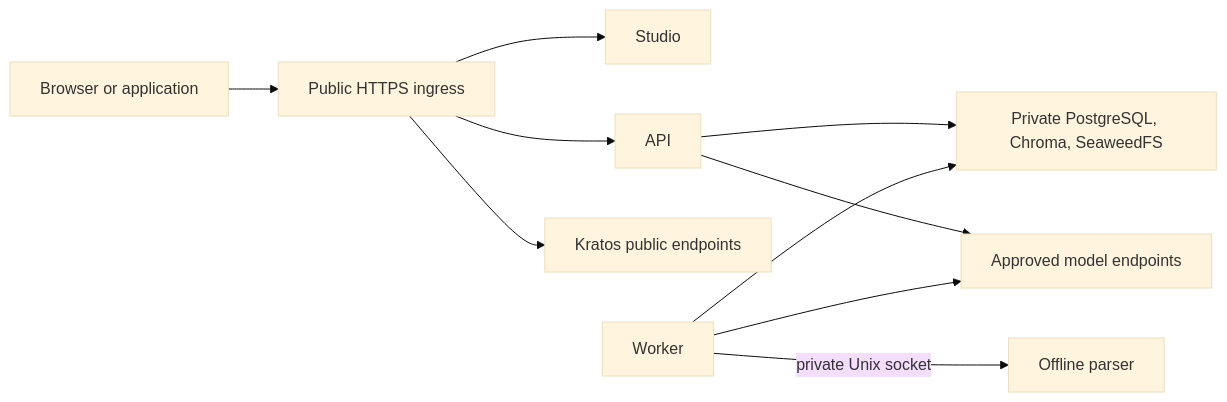
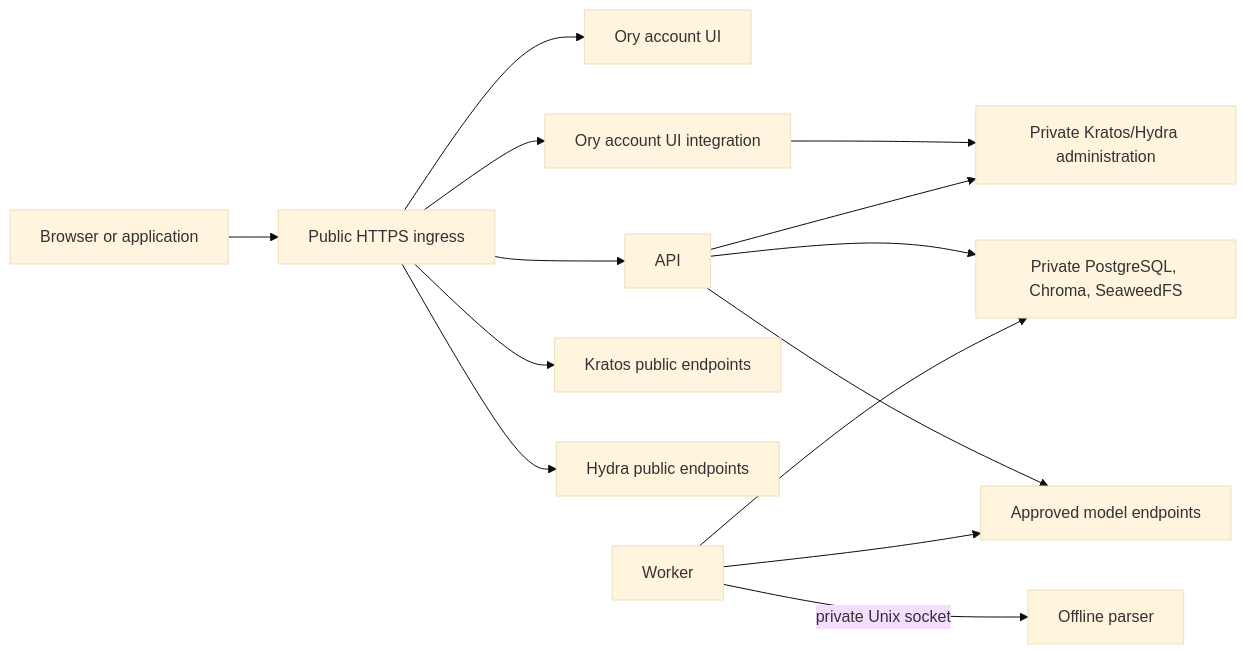
The diagram in docs/development/deployment.md (matejpalenik/inframeld), drawn with Mermaid (base theme) before and after one commit. The commit also changed other lines of this file and 54 other files, not shown here.

Commit message:
docs(architecture): defer Studio and focus on a CLI as the main interface for v1

````diff
--- a/docs/development/deployment.md
+++ b/docs/development/deployment.md
@@ -78,12 +99,16 @@
 ```mermaid
 flowchart LR
     Browser[Browser or application] --> HTTPS[Public HTTPS ingress]
-    HTTPS --> Web[Studio]
+    HTTPS --> Web[Ory account UI]
+    HTTPS --> AccountUI[Ory account UI integration]
     HTTPS --> API[API]
     HTTPS --> Kratos[Kratos public endpoints]
+    HTTPS --> Hydra[Hydra public endpoints]
+    AccountUI --> IdentityAdmin[Private Kratos/Hydra administration]
+    API --> IdentityAdmin
     API --> Stores[Private PostgreSQL, Chroma, SeaweedFS]
     Worker[Worker] --> Stores
     Worker -->|private Unix socket| Parser[Offline parser]
     API --> Models[Approved model endpoints]
     Worker --> Models
 ```
````
